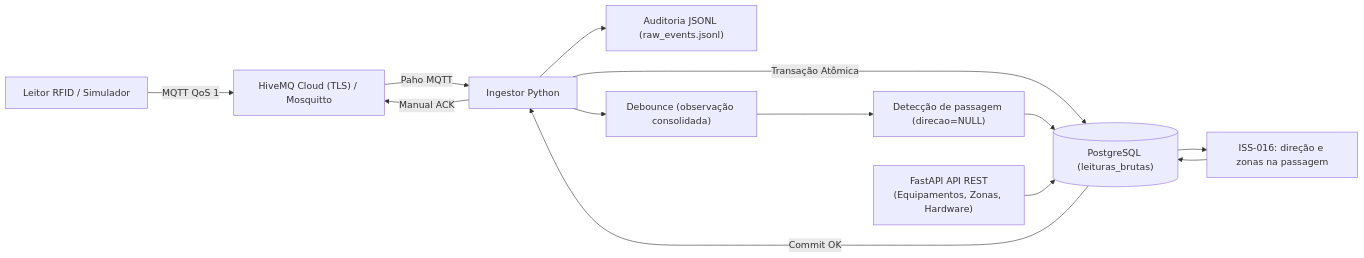
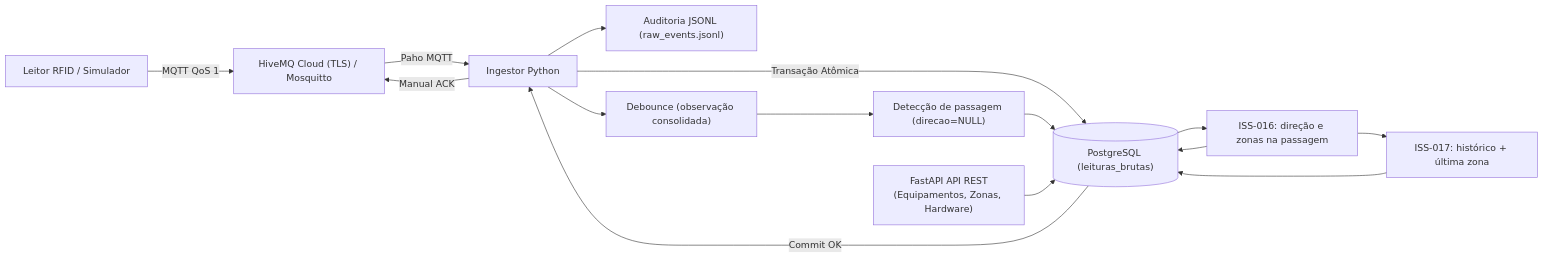
The diagram in README.md (OtavioBrandao/rastreamento-rfid-hupaa), drawn with Mermaid before and after one commit. The commit also changed other lines of this file and 10 other files, not shown here.

Commit message:
feat(iss-017): integrar inferencia e documentar localizacao

````diff
--- a/README.md
+++ b/README.md
@@ -38,15 +39,17 @@
 ```mermaid
 flowchart LR
     LEITOR["Leitor RFID / Simulador"] -->|MQTT QoS 1| BROKER["HiveMQ Cloud (TLS) / Mosquitto"]
     BROKER -->|Paho MQTT| INGESTOR["Ingestor Python"]
     INGESTOR --> JSONL["Auditoria JSONL (raw_events.jsonl)"]
     INGESTOR -->|Transação Atômica| POSTGRES[("PostgreSQL (leituras_brutas)")]
     POSTGRES -->|Commit OK| INGESTOR
     INGESTOR --> DEBOUNCE["Debounce (observação consolidada)"]
     DEBOUNCE --> PASSAGEM["Detecção de passagem (direcao=NULL)"]
     PASSAGEM --> POSTGRES
     POSTGRES --> DIRECAO["ISS-016: direção e zonas na passagem"]
     DIRECAO --> POSTGRES
+    DIRECAO --> LOCALIZACAO["ISS-017: histórico + última zona"]
+    LOCALIZACAO --> POSTGRES
     INGESTOR -->|Manual ACK| BROKER
     FASTAPI["FastAPI API REST<br/>(Equipamentos, Zonas, Hardware)"] --> POSTGRES
 ```
````
